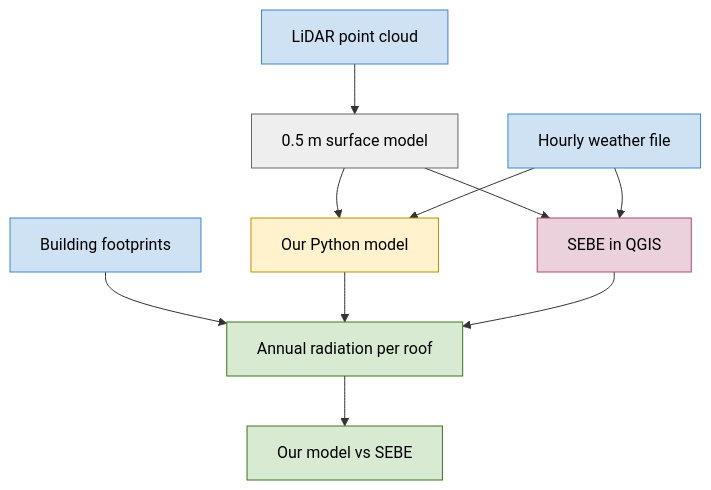
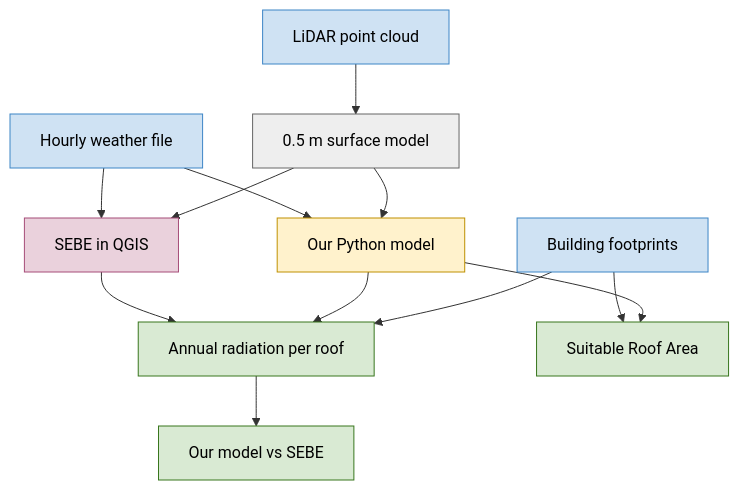
Before and after one commit to University-of-Tasmania-GPSS/AT3_Group1_2026: the first of 2 diagrams in methods.md, drawn with Mermaid. The commit also changed other lines of this file and 5 other files, not shown here.

````diff
--- a/methods.md
+++ b/methods.md
@@ -5,36 +5,39 @@
 ```{mermaid}
 flowchart TD
 
   A[LiDAR point cloud]
   B[Building footprints]
   C[Hourly weather file]
 
   D[0.5 m surface model]
   F[Our Python model]
   G[SEBE in QGIS]
 
   H[Annual radiation per roof]
   J[Our model vs SEBE]
+  K[Suitable Roof Area]
 
   A --> D
   D --> F
   D --> G
   C --> F
   C --> G
   B --> H
   F --> H
   G --> H
   H --> J
+  F --> K
+  B --> K
 
   classDef input fill:#cfe2f3,stroke:#3d85c6,color:#000
   classDef process fill:#eeeeee,stroke:#666666,color:#000
   classDef python fill:#fff2cc,stroke:#bf9000,color:#000
   classDef sebe fill:#ead1dc,stroke:#a64d79,color:#000
   classDef output fill:#d9ead3,stroke:#38761d,color:#000
 
   class A,B,C input
   class D process
   class F python
   class G sebe
-  class H,J output
+  class H,J,K output
 ```
````
